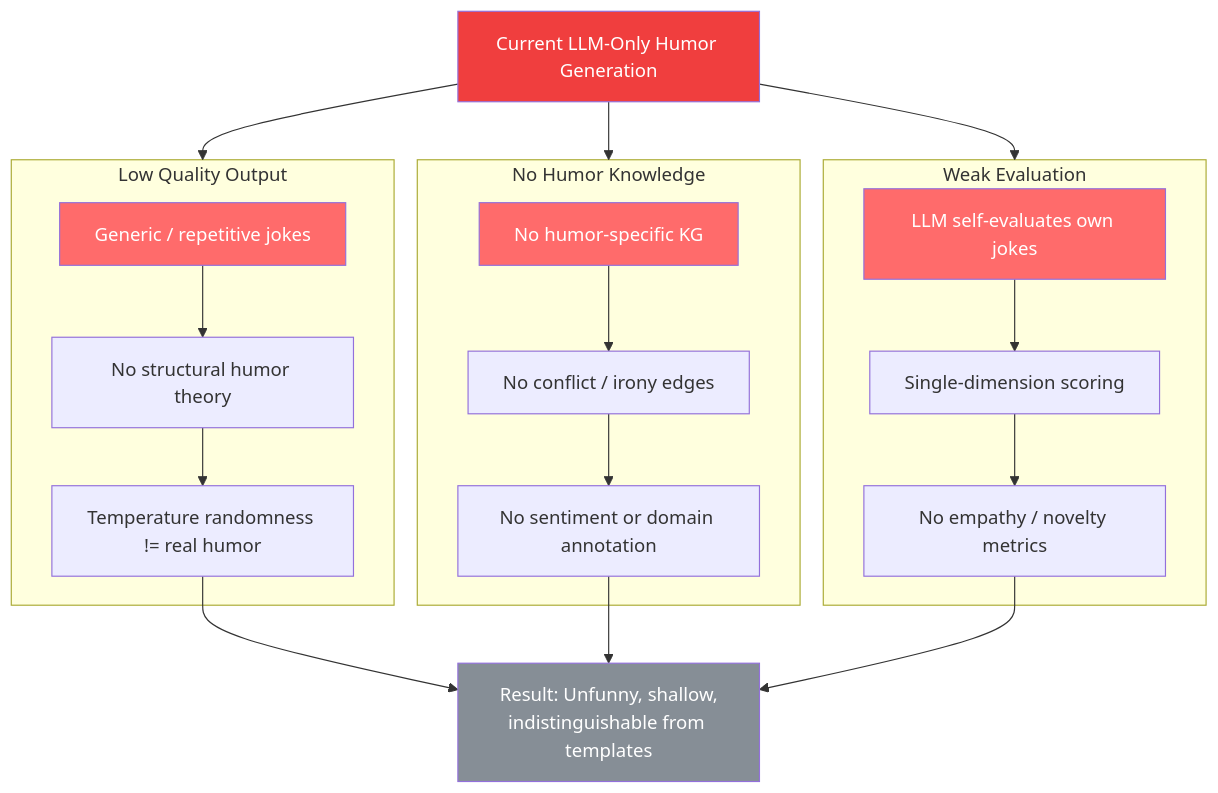
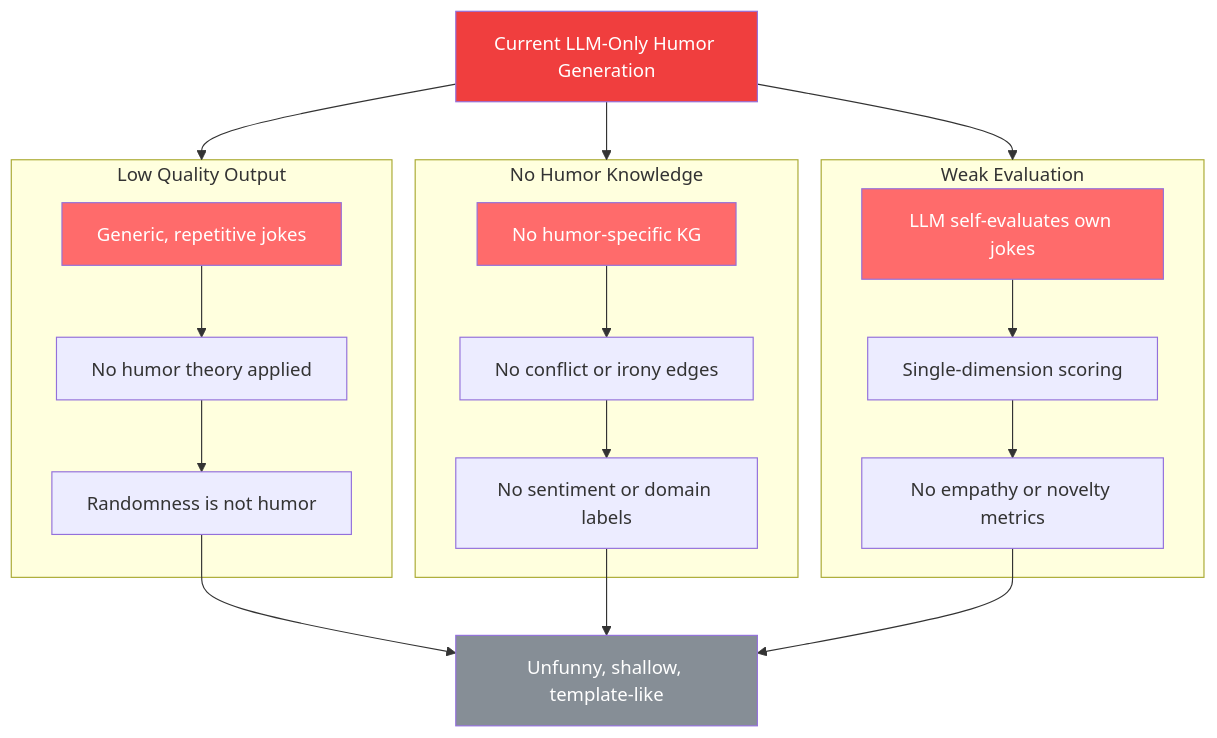
The first of 7 diagrams in docs/diagrams.md (echo-xiao/humor_generator), drawn with Mermaid before and after one commit.

Commit message:
docs: shorten node text in problem statement diagram to prevent truncation

````diff
--- a/docs/diagrams.md
+++ b/docs/diagrams.md
@@ -5,29 +5,29 @@
 ```mermaid
 graph TD
     ROOT["Current LLM-Only Humor Generation"] --> P1 & P2 & P3
 
     subgraph P1["Low Quality Output"]
-        P1A["Generic / repetitive jokes"] --> P1B["No structural humor theory"]
-        P1B --> P1C["Temperature randomness != real humor"]
+        P1A["Generic, repetitive jokes"] --> P1B["No humor theory applied"]
+        P1B --> P1C["Randomness is not humor"]
     end
 
     subgraph P2["No Humor Knowledge"]
-        P2A["No humor-specific KG"] --> P2B["No conflict / irony edges"]
-        P2B --> P2C["No sentiment or domain annotation"]
+        P2A["No humor-specific KG"] --> P2B["No conflict or irony edges"]
+        P2B --> P2C["No sentiment or domain labels"]
     end
 
     subgraph P3["Weak Evaluation"]
         P3A["LLM self-evaluates own jokes"] --> P3B["Single-dimension scoring"]
-        P3B --> P3C["No empathy / novelty metrics"]
+        P3B --> P3C["No empathy or novelty metrics"]
     end
 
-    P1C --> RESULT["Result: Unfunny, shallow,<br/>indistinguishable from templates"]
+    P1C --> RESULT["Unfunny, shallow, template-like"]
     P2C --> RESULT
     P3C --> RESULT
 
     style ROOT fill:#f03e3e,color:#fff
     style RESULT fill:#868e96,color:#fff
     style P1A fill:#ff6b6b,color:#fff
     style P2A fill:#ff6b6b,color:#fff
     style P3A fill:#ff6b6b,color:#fff
 ```
````
